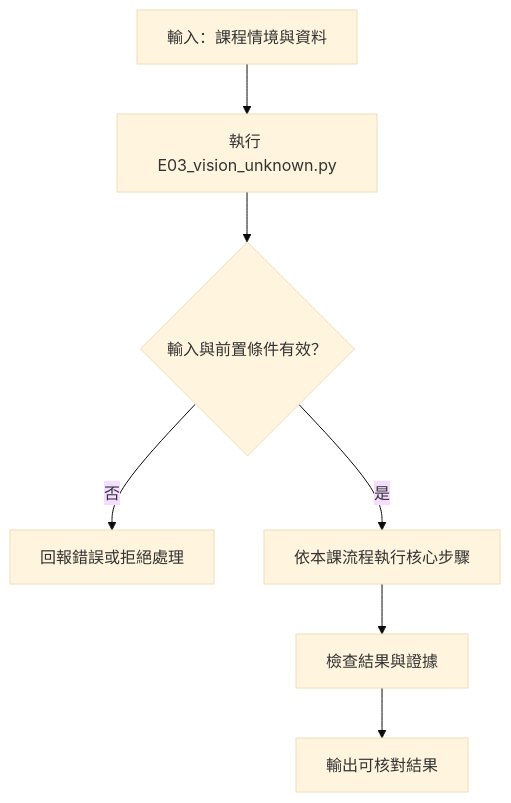
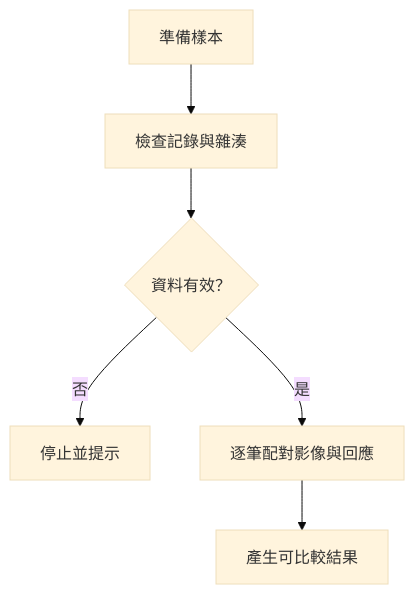
One commit to 4-learn/LLM-demo changed the third of 5 diagrams in 14-vision-unknown.md. Above: the diagram before and after it, drawn with Mermaid (base theme). The commit also changed other lines of this file and 66 other files, not shown here.

Commit message:
[pm] docs: expand lesson diagrams and fix course mapping (#17)

````diff
--- a/14-vision-unknown.md
+++ b/14-vision-unknown.md
@@ -10,9 +88,8 @@
 ```mermaid
 flowchart TD
-    A[輸入：課程情境與資料] --> B[執行 E03_vision_unknown.py]
-    B --> C{輸入與前置條件有效？}
-    C -- 否 --> D[回報錯誤或拒絕處理]
-    C -- 是 --> E[依本課流程執行核心步驟]
-    E --> F[檢查結果與證據]
-    F --> G[輸出可核對結果]
+    A[準備樣本] --> B[檢查記錄與雜湊]
+    B --> C{資料有效？}
+    C -- 否 --> D[停止並提示]
+    C -- 是 --> E[逐筆配對影像與回應]
+    E --> F[產生可比較結果]
 ```
````
